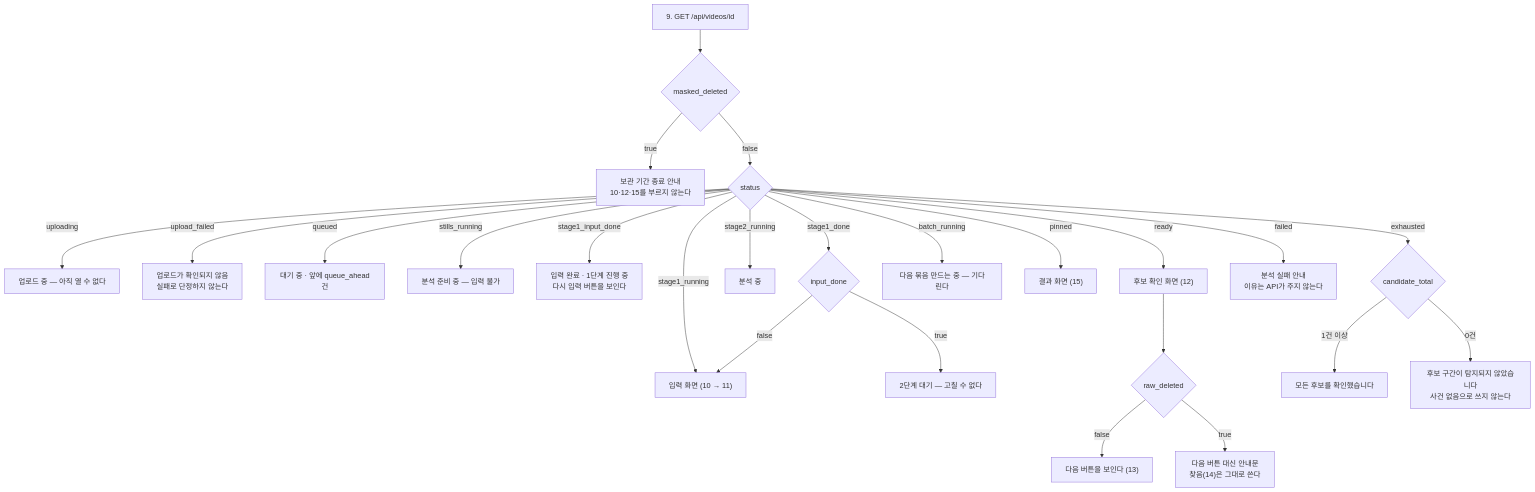
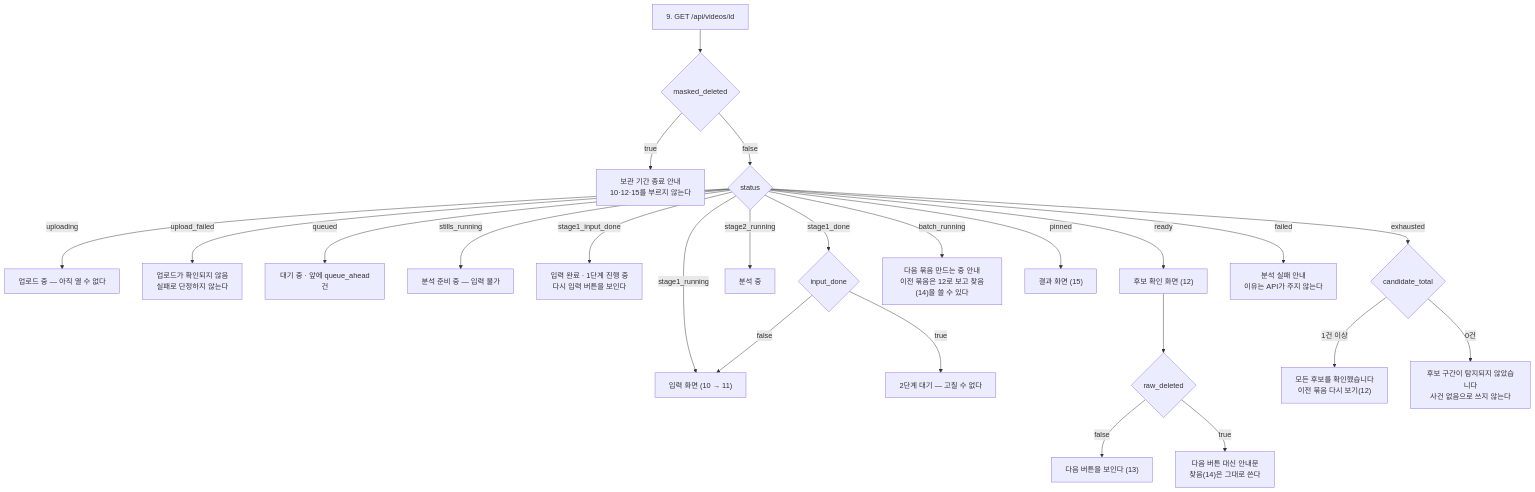
The second of 2 diagrams in docs/design/05-api.md (lG1l/parking_lot_detection), drawn with Mermaid before and after one commit. The commit also changed other lines of this file and 11 other files, not shown here.

````diff
--- a/docs/design/05-api.md
+++ b/docs/design/05-api.md
@@ -871,27 +1033,27 @@
 ```mermaid
 flowchart TD
   P["9. GET /api/videos/id"] --> M{"masked_deleted"}
   M -->|"true"| EXP["보관 기간 종료 안내<br/>10·12·15를 부르지 않는다"]
   M -->|"false"| ST{"status"}
 
   ST -->|"uploading"| A["업로드 중 — 아직 열 수 없다"]
   ST -->|"upload_failed"| B["업로드가 확인되지 않음<br/>실패로 단정하지 않는다"]
   ST -->|"queued"| C["대기 중 · 앞에 queue_ahead건"]
   ST -->|"stills_running"| D["분석 준비 중 — 입력 불가"]
   ST -->|"stage1_running"| E["입력 화면 (10 → 11)"]
   ST -->|"stage1_input_done"| F["입력 완료 · 1단계 진행 중<br/>다시 입력 버튼을 보인다"]
   ST -->|"stage1_done"| G{"input_done"}
   G -->|"false"| E
   G -->|"true"| H["2단계 대기 — 고칠 수 없다"]
   ST -->|"stage2_running"| I["분석 중"]
   ST -->|"ready"| J["후보 확인 화면 (12)"]
   J --> R{"raw_deleted"}
   R -->|"false"| R1["다음 버튼을 보인다 (13)"]
   R -->|"true"| R2["다음 버튼 대신 안내문<br/>찾음(14)은 그대로 쓴다"]
-  ST -->|"batch_running"| K["다음 묶음 만드는 중 — 기다린다"]
+  ST -->|"batch_running"| K["다음 묶음 만드는 중 안내<br/>이전 묶음은 12로 보고 찾음(14)을 쓸 수 있다"]
   ST -->|"pinned"| N["결과 화면 (15)"]
   ST -->|"exhausted"| O{"candidate_total"}
-  O -->|"1건 이상"| O1["모든 후보를 확인했습니다"]
+  O -->|"1건 이상"| O1["모든 후보를 확인했습니다<br/>이전 묶음 다시 보기(12)"]
   O -->|"0건"| O2["후보 구간이 탐지되지 않았습니다<br/>사건 없음으로 쓰지 않는다"]
   ST -->|"failed"| Q["분석 실패 안내<br/>이유는 API가 주지 않는다"]
 ```
````
